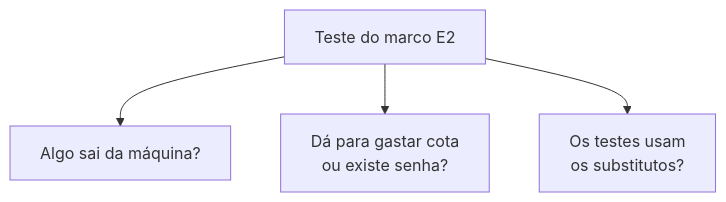
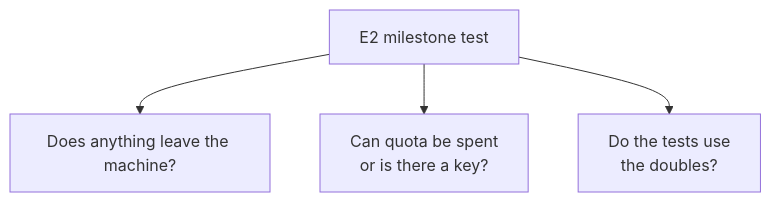
The diagram in docs/tasks/en/E2-system-foundation/FAB-205-milestone-e2-the-suite-runs-offline-and-without-qu.md (enzoconsulo/factory-tcc), drawn with Mermaid before and after one commit. The commit also changed other lines of this file and 52 other files, not shown here.

````diff
--- a/docs/tasks/en/E2-system-foundation/FAB-205-milestone-e2-the-suite-runs-offline-and-without-qu.md
+++ b/docs/tasks/en/E2-system-foundation/FAB-205-milestone-e2-the-suite-runs-offline-and-without-qu.md
@@ -11,6 +11,6 @@
 ```mermaid
 flowchart TB
-  M["Teste do marco E2"] --> A["Algo sai da máquina?"]
-  M --> B["Dá para gastar cota<br/>ou existe senha?"]
-  M --> C["Os testes usam<br/>os substitutos?"]
+  M["E2 milestone test"] --> A["Does anything leave the machine?"]
+  M --> B["Can quota be spent<br/>or is there a key?"]
+  M --> C["Do the tests use<br/>the doubles?"]
 ```
````
